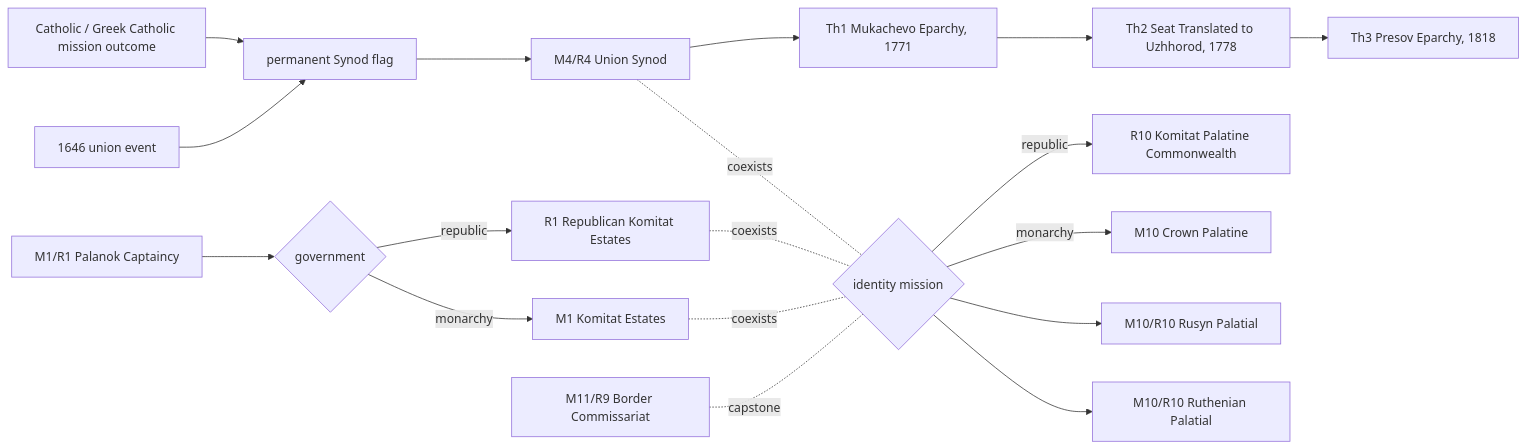
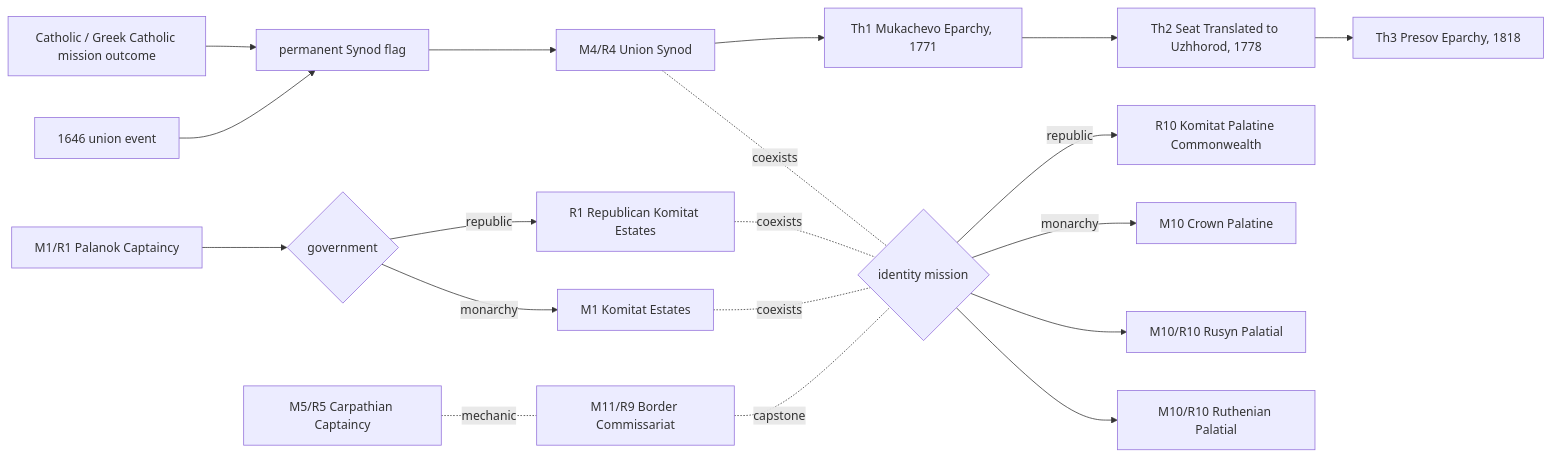
One commit to Yamtom/RIP changed the eighth of 10 diagrams in docs/GOVERNMENT_REFORMS_MAP.uk.md. Above: the diagram before and after it, drawn with Mermaid. The commit also changed other lines of this file and 13 other files, not shown here.

````diff
--- a/docs/GOVERNMENT_REFORMS_MAP.uk.md
+++ b/docs/GOVERNMENT_REFORMS_MAP.uk.md
@@ -400,20 +414,21 @@
 ```mermaid
 flowchart LR
   P["M1/R1 Palanok Captaincy"] --> G{government}
   G -->|monarchy| KM["M1 Komitat Estates"]
   G -->|republic| KR["R1 Republican Komitat Estates"]
   KM -.coexists.- I{identity mission}
   KR -.coexists.- I
   I --> R["M10/R10 Ruthenian Palatial"]
   I --> S["M10/R10 Rusyn Palatial"]
   I -->|monarchy| U["M10 Crown Palatine"]
   I -->|republic| UR["R10 Komitat Palatine Commonwealth"]
   E["1646 union event"] --> F["permanent Synod flag"]
   M["Catholic / Greek Catholic mission outcome"] --> F
   F --> X["M4/R4 Union Synod"]
   X -.coexists.- I
   B["M11/R9 Border Commissariat"] -.capstone.- I
+  CC["M5/R5 Carpathian Captaincy"] -.mechanic.- B
   X --> Th1["Th1 Mukachevo Eparchy, 1771"]
   Th1 --> Th2["Th2 Seat Translated to Uzhhorod, 1778"]
   Th2 --> Th3["Th3 Presov Eparchy, 1818"]
 ```
````
